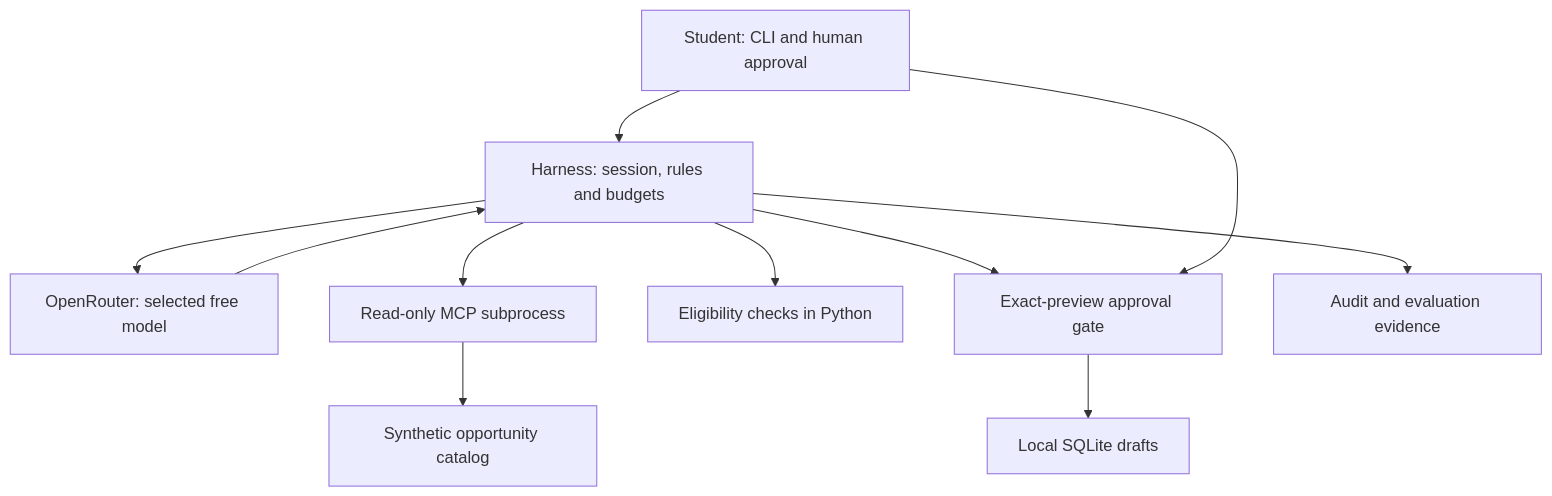
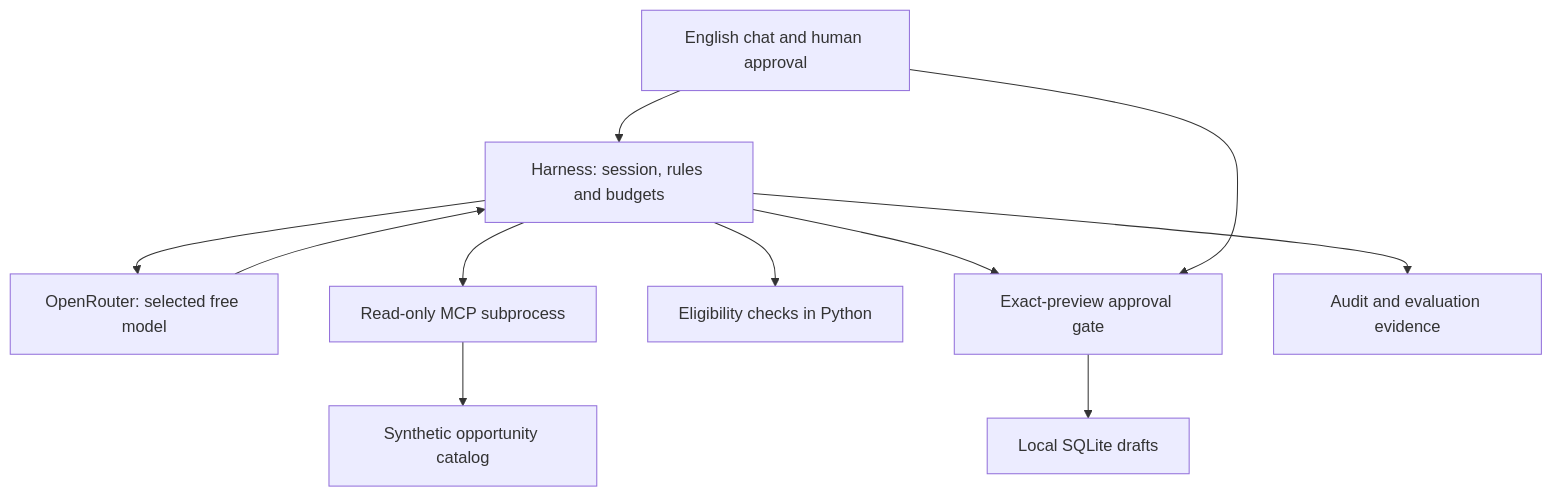
The diagram in docs/architecture.md (JomanahAlghamdi/SDAIA_Project), drawn with Mermaid before and after one commit. The commit also changed other lines of this file and 41 other files, not shown here.

First line of the commit message:
Start English internship chat directly without profile intake

````diff
--- a/docs/architecture.md
+++ b/docs/architecture.md
@@ -3,13 +3,13 @@
 ```mermaid
 flowchart TD
-    U["Student: CLI and human approval"] --> H["Harness: session, rules and budgets"]
+    U["English chat and human approval"] --> H["Harness: session, rules and budgets"]
     H --> L["OpenRouter: selected free model"]
     L --> H
     H --> M["Read-only MCP subprocess"]
     M --> C["Synthetic opportunity catalog"]
     H --> E["Eligibility checks in Python"]
     H --> A["Exact-preview approval gate"]
     U --> A
     A --> D["Local SQLite drafts"]
     H --> T["Audit and evaluation evidence"]
 ```
````
